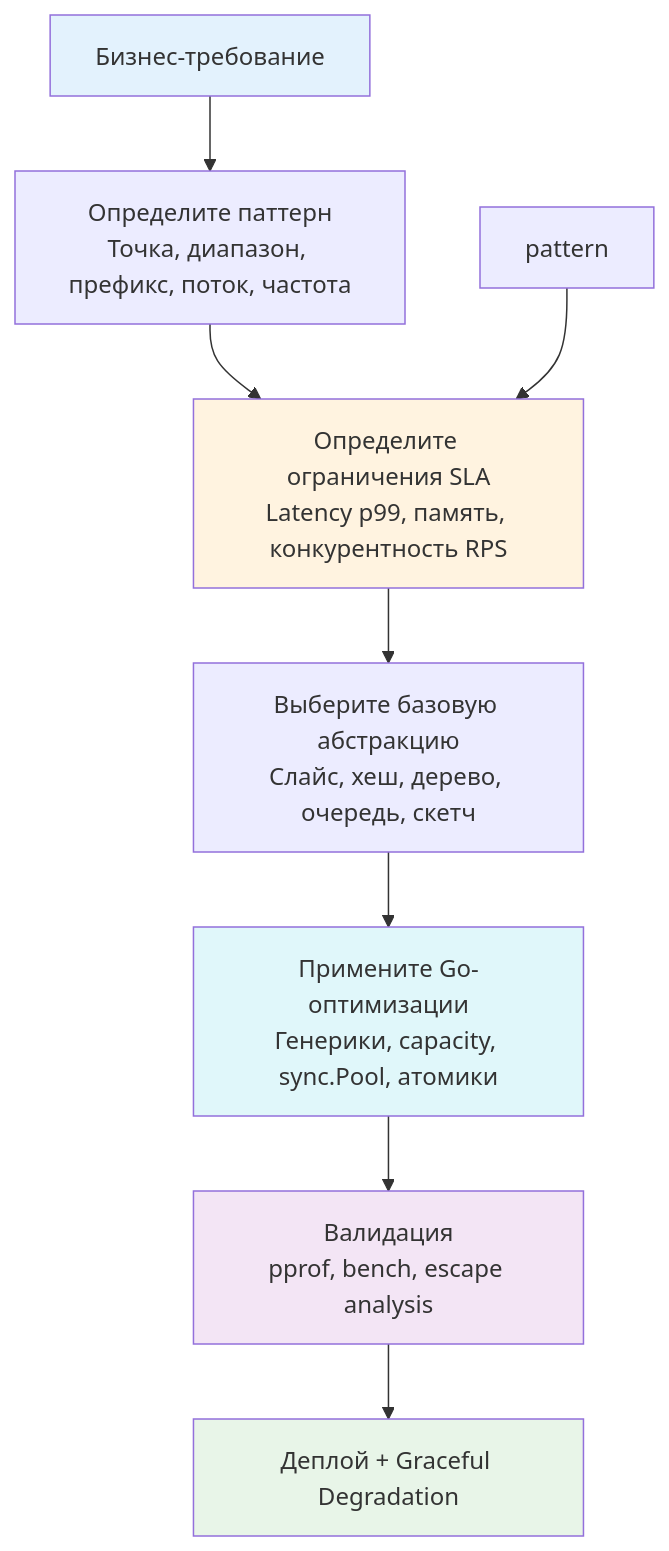
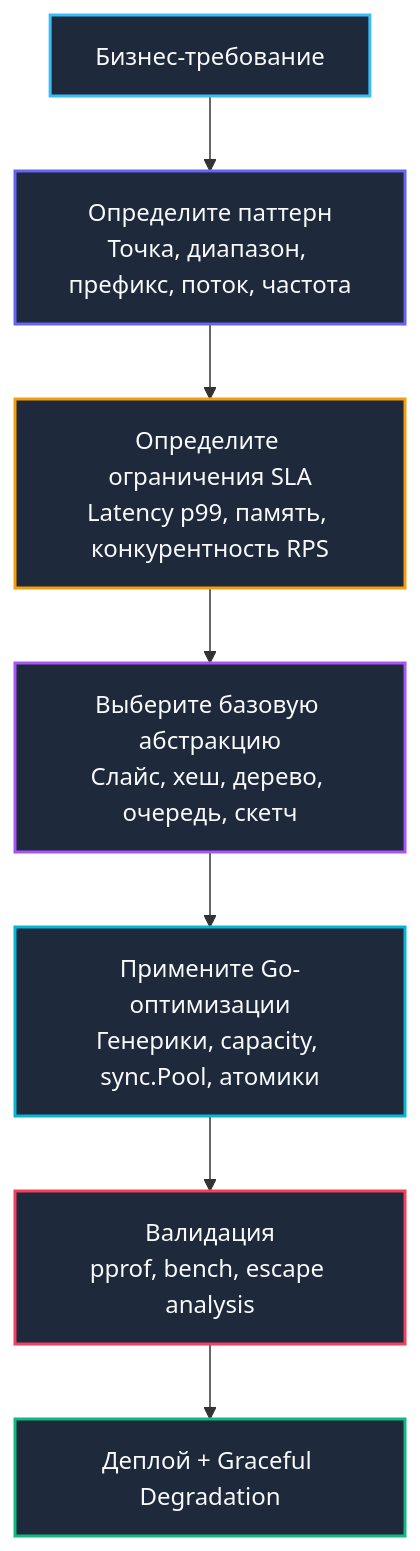
Before and after one commit to UnrealTemplier/go-textbook: the diagram in sources/20. Алгоритмы и структуры данных (DSA) на Go/15. Итог/1. Итоги раздела. Algorithmic thinking для backend разработчика.md, drawn with Mermaid. The commit also changed other lines of this file, not shown here.

````diff
--- a/sources/20. Алгоритмы и структуры данных (DSA) на Go/15. Итог/1. Итоги раздела. Algorithmic thinking для backend разработчика.md
+++ b/sources/20. Алгоритмы и структуры данных (DSA) на Go/15. Итог/1. Итоги раздела. Algorithmic thinking для backend разработчика.md
@@ -30,16 +34,17 @@
 ```mermaid
 flowchart TD
-    Req["Бизнес-требование"] --> Pattern["Определите паттерн<br>Точка, диапазон, префикс, поток, частота"]
-    Pattern --> SLA["Определите ограничения SLA<br>Latency p99, память, конкурентность RPS"]
-    SLA --> Base["Выберите базовую абстракцию<br>Слайс, хеш, дерево, очередь, скетч"]
-    Base --> Go["Примените Go-оптимизации<br>Генерики, capacity, sync.Pool, атомики"]
-    Go --> Validate["Валидация<br>pprof, bench, escape analysis"]
+    Req["Бизнес-требование"] --> Pattern["Определите паттерн<br/>Точка, диапазон, префикс, поток, частота"]
+    Pattern --> SLA["Определите ограничения SLA<br/>Latency p99, память, конкурентность RPS"]
+    SLA --> Base["Выберите базовую абстракцию<br/>Слайс, хеш, дерево, очередь, скетч"]
+    Base --> Go["Примените Go-оптимизации<br/>Генерики, capacity, sync.Pool, атомики"]
+    Go --> Validate["Валидация<br/>pprof, bench, escape analysis"]
     Validate --> Deploy["Деплой + Graceful Degradation"]
     
-    style Req fill:#e3f2fd
-    pattern --> SLA
-    style SLA fill:#fff3e0
-    style Go fill:#e0f7fa
-    style Validate fill:#f3e5f5
-    style Deploy fill:#e8f5e8
+    style Req fill:#1e293b,stroke:#38bdf8,stroke-width:2px,color:#f8fafc
+    style Pattern fill:#1e293b,stroke:#6366f1,stroke-width:2px,color:#f8fafc
+    style SLA fill:#1e293b,stroke:#f59e0b,stroke-width:2px,color:#f8fafc
+    style Base fill:#1e293b,stroke:#a855f7,stroke-width:2px,color:#f8fafc
+    style Go fill:#1e293b,stroke:#06b6d4,stroke-width:2px,color:#f8fafc
+    style Validate fill:#1e293b,stroke:#f43f5e,stroke-width:2px,color:#f8fafc
+    style Deploy fill:#1e293b,stroke:#10b981,stroke-width:2px,color:#f8fafc
 ```
````
